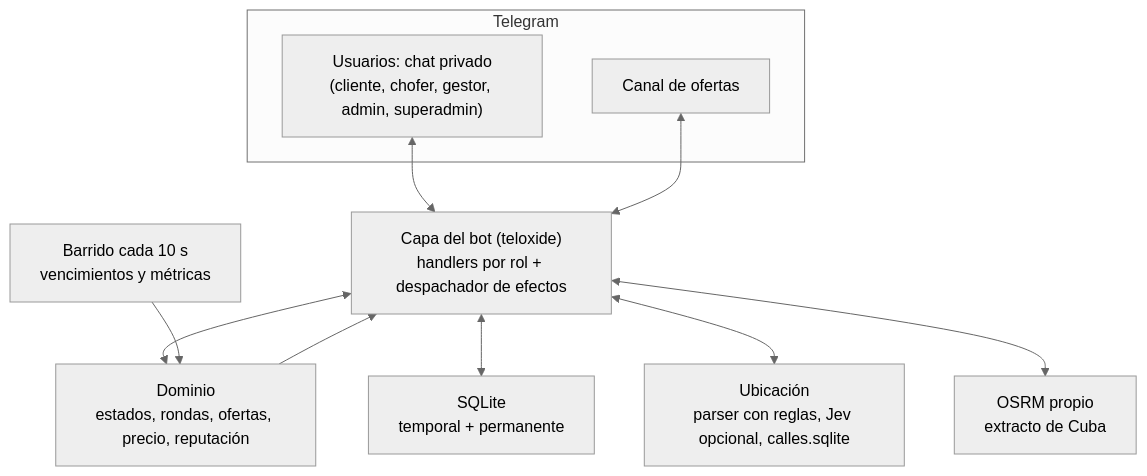
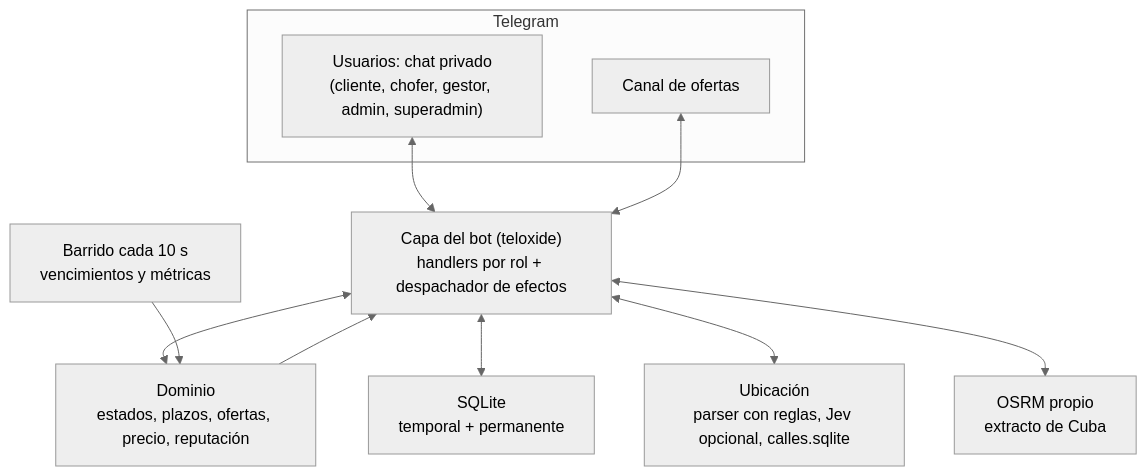
One commit to Forte11Cuba/aserevoy changed the third of 3 diagrams in docs/diseno.md. Above: the diagram before and after it, drawn with Mermaid (neutral theme). The commit also changed other lines of this file, not shown here.

````diff
--- a/docs/diseno.md
+++ b/docs/diseno.md
@@ -283,15 +299,15 @@
 ```mermaid
 flowchart TD
   subgraph Telegram
     U["Usuarios: chat privado<br/>(cliente, chofer, gestor, admin, superadmin)"]
     C["Canal de ofertas"]
   end
   U <--> B["Capa del bot (teloxide)<br/>handlers por rol + despachador de efectos"]
   C <--> B
-  B <--> L["Dominio<br/>estados, rondas, ofertas, precio, reputación"]
+  B <--> L["Dominio<br/>estados, plazos, ofertas, precio, reputación"]
   L --> B
   B <--> DB["SQLite<br/>temporal + permanente"]
   W["Barrido cada 10 s<br/>vencimientos y métricas"] --> L
   B <--> UB["Ubicación<br/>parser con reglas, Jev opcional, calles.sqlite"]
   B <--> R["OSRM propio<br/>extracto de Cuba"]
 ```
````
